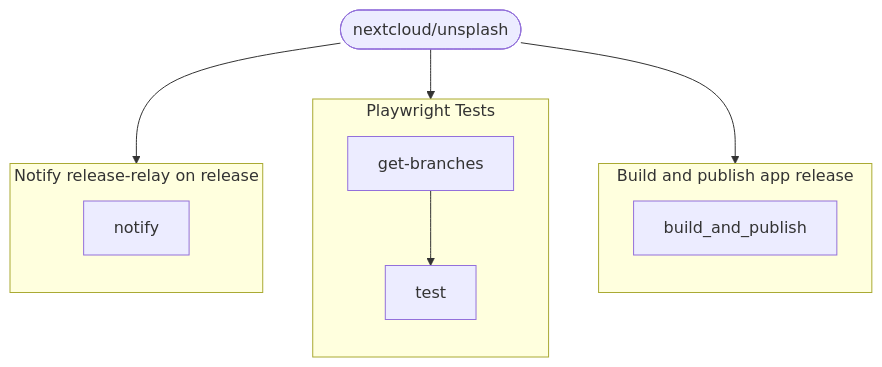
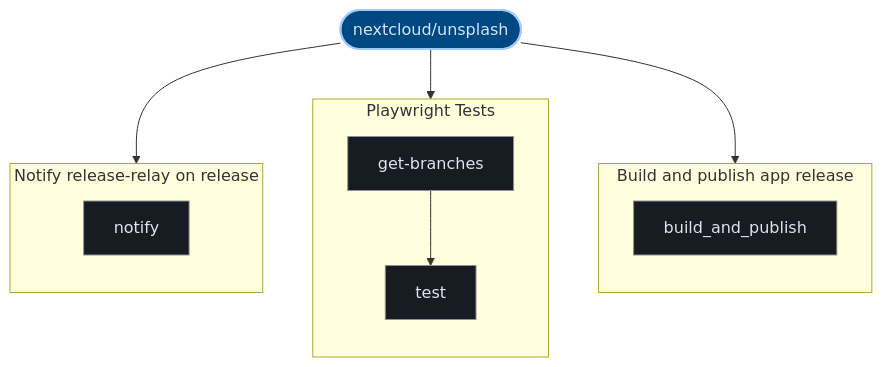
Before and after one commit to kumarshaz/atruss-code-atlas: the third of 3 diagrams in exports/latest/reports/nextcloud-unsplash-report.md, drawn with Mermaid. The commit also changed other lines of this file and 331 other files, not shown here.

Commit message:
docs,ui,fix: update SDLC docs, reorder CI/CD DAG first, stylize Mermaid, and fix Arc42 pipeline topology

````diff
--- a/exports/latest/reports/nextcloud-unsplash-report.md
+++ b/exports/latest/reports/nextcloud-unsplash-report.md
@@ -133,21 +144,28 @@
 ```mermaid
 graph TD;
-  pipeline_root(["nextcloud/unsplash"])
+  classDef atlasRoot fill:#004882,stroke:#a3c9ff,stroke-width:2px,color:#d3e4ff
+  classDef atlasCategory fill:#212428,stroke:#E87A48,stroke-width:1.5px,color:#dfe3eb
+  classDef atlasWorkflow fill:#1b2026,stroke:#a3c9ff,stroke-width:1.5px,color:#dfe3eb
+  classDef atlasJob fill:#171c22,stroke:#8d9199,stroke-width:1px,color:#dfe3eb
+  classDef atlasTarget fill:#005227,stroke:#8bd99b,stroke-width:1.5px,color:#a7f6b6
+  classDef atlasAlert fill:#93000a,stroke:#ffb4ab,stroke-width:1.5px,color:#ffdad6
+  classDef atlasMore fill:#252a31,stroke:#8d9199,stroke-dasharray:4 4,color:#c3c6cf
+  pipeline_root(["nextcloud/unsplash"]):::atlasRoot
   subgraph Build_and_publish_app_release_0["Build and publish app release"]
     direction TB
-    0_build_and_publish["build_and_publish"]
+    0_build_and_publish["build_and_publish"]:::atlasJob
   end
   pipeline_root --> 0_build_and_publish
   subgraph Playwright_Tests_1["Playwright Tests"]
     direction TB
-    1_get_branches["get-branches"]
-    1_test["test"]
+    1_get_branches["get-branches"]:::atlasJob
+    1_test["test"]:::atlasJob
     1_get_branches --> 1_test
   end
   pipeline_root --> 1_get_branches
   subgraph Notify_release_relay_on_release_2["Notify release-relay on release"]
     direction TB
-    2_notify["notify"]
+    2_notify["notify"]:::atlasJob
   end
   pipeline_root --> 2_notify
 ```
````
